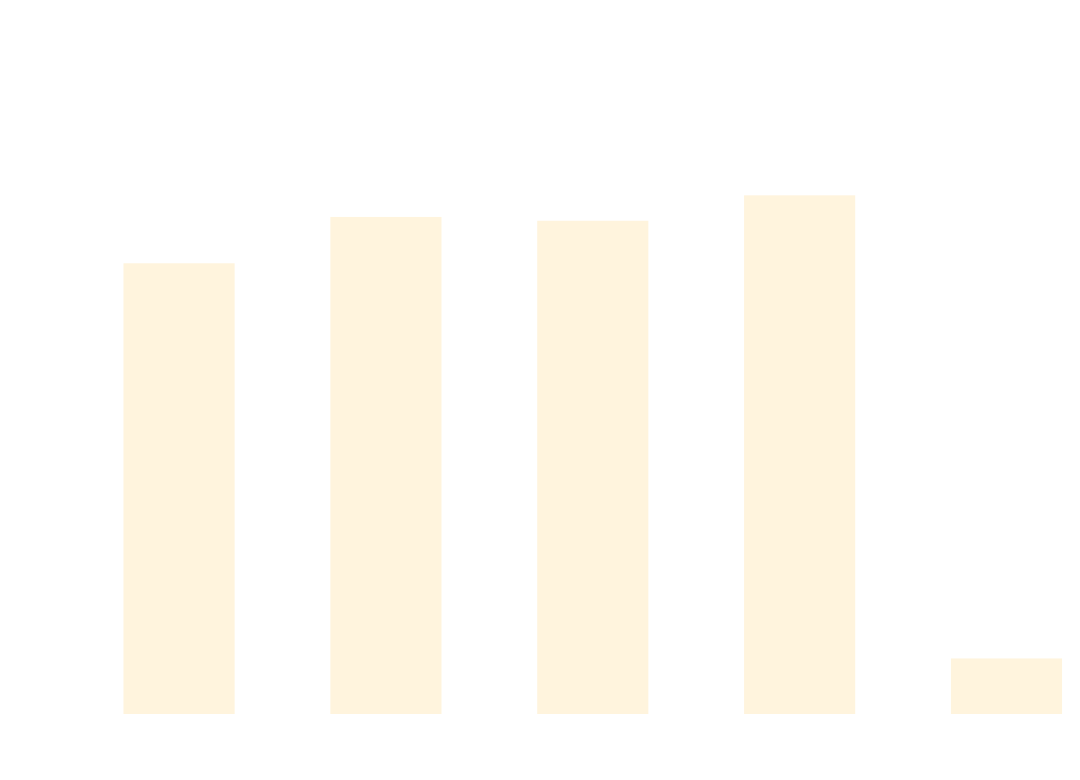
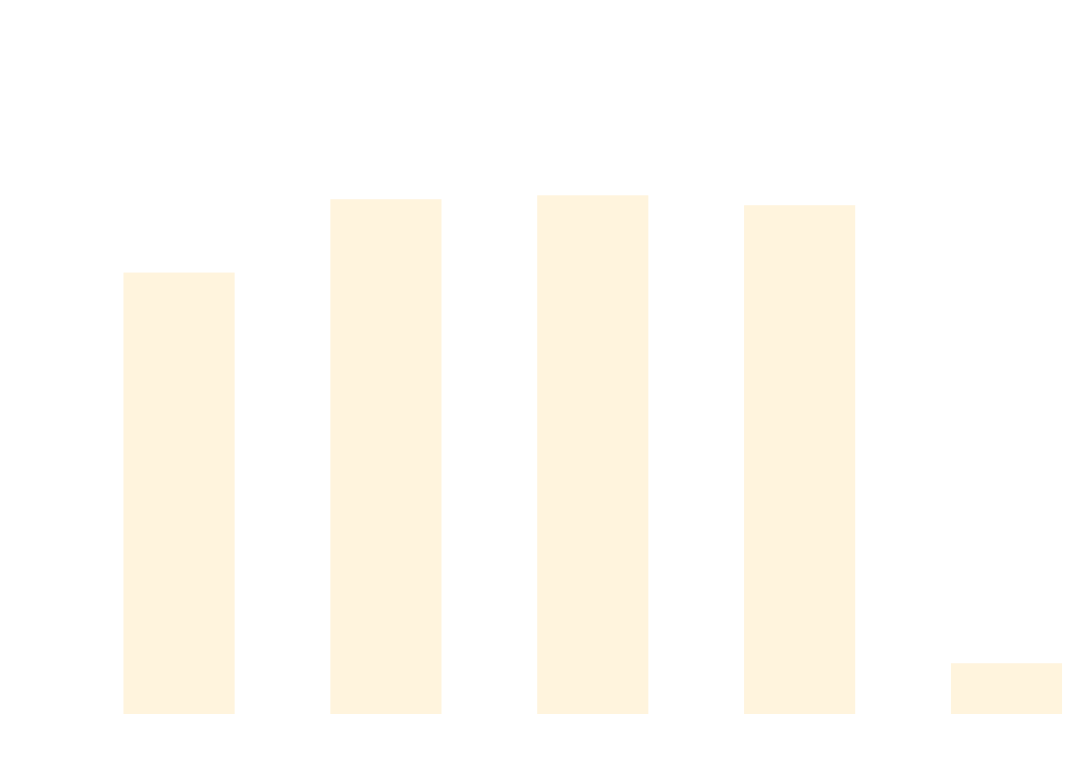
Before and after one commit to thomhurst/TUnit: the diagram in docs/docs/benchmarks/ScaleTests.md, drawn with Mermaid. The commit also changed other lines of this file and 17 other files, not shown here.

````diff
--- a/docs/docs/benchmarks/ScaleTests.md
+++ b/docs/docs/benchmarks/ScaleTests.md
@@ -27,37 +27,37 @@
 ```mermaid
 %%{init: {
   'theme':'base',
   'themeVariables': {
     'primaryColor': '#2563eb',
     'primaryTextColor': '#ffffff',
     'primaryBorderColor': '#1e40af',
     'lineColor': '#6b7280',
     'secondaryColor': '#7c3aed',
     'tertiaryColor': '#dc2626',
     'background': '#ffffff',
     'mainBkg': '#2563eb',
     'secondBkg': '#7c3aed',
     'tertiaryBkg': '#dc2626',
     'clusterBkg': '#f3f4f6',
     'edgeLabelBackground': '#ffffff',
     'tertiaryTextColor': '#1f2937',
     'pie1': '#2563eb',
     'pie2': '#7c3aed',
     'pie3': '#dc2626',
     'pie4': '#f59e0b',
     'pie5': '#10b981',
     'pie6': '#06b6d4',
     'pie7': '#ec4899',
     'pie8': '#6366f1',
     'pie9': '#84cc16',
     'pie10': '#f97316',
     'pie11': '#14b8a6',
     'pie12': '#a855f7'
   }
 }}%%
 xychart-beta
   title "ScaleTests Performance Comparison"
   x-axis ["TUnit", "NUnit", "MSTest", "xUnit3", "TUnit_AOT"]
-  y-axis "Time (ms)" 0 --> 677
-  bar [488.07, 539.71, 535.47, 563.81, 47.69]
+  y-axis "Time (ms)" 0 --> 740
+  bar [522.19, 611.51, 616.29, 604.23, 46.3]
 ```
````
